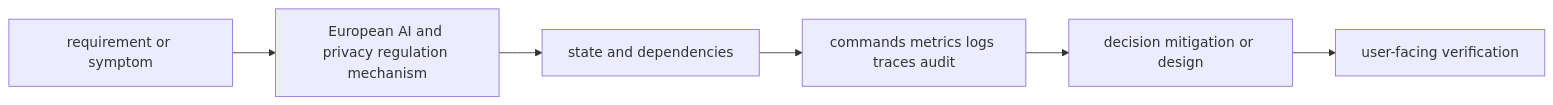
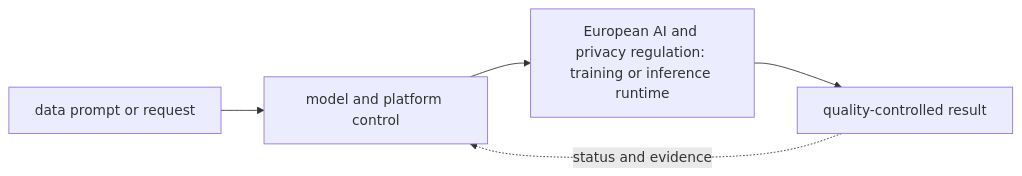
The diagram in 11-ai-platform/12-european-ai-and-privacy-regulation/README.md (tomkidumbuyo/DevOps-interview-preparation), drawn with Mermaid before and after one commit. The commit also changed other lines of this file and 753 other files, not shown here.

````diff
--- a/11-ai-platform/12-european-ai-and-privacy-regulation/README.md
+++ b/11-ai-platform/12-european-ai-and-privacy-regulation/README.md
@@ -21,8 +31,7 @@
 ```mermaid
 flowchart LR
-  R[requirement or symptom] --> M[European AI and privacy regulation mechanism]
-  M --> S[state and dependencies]
-  S --> O[commands metrics logs traces audit]
-  O --> D[decision mitigation or design]
-  D --> V[user-facing verification]
+  A["data prompt or request"] --> B["model and platform control"]
+  B --> C["European AI and privacy regulation: training or inference runtime"]
+  C --> D["quality-controlled result"]
+  D -. "status and evidence" .-> B
 ```
````
